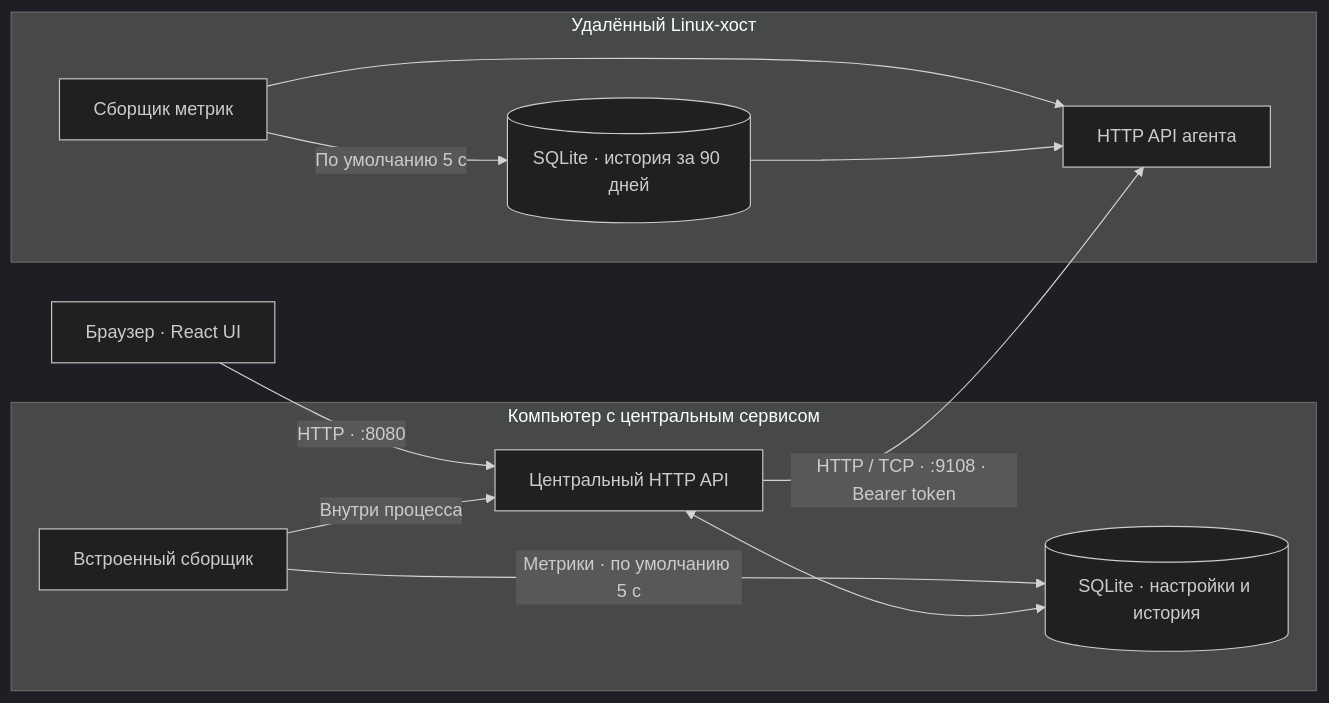
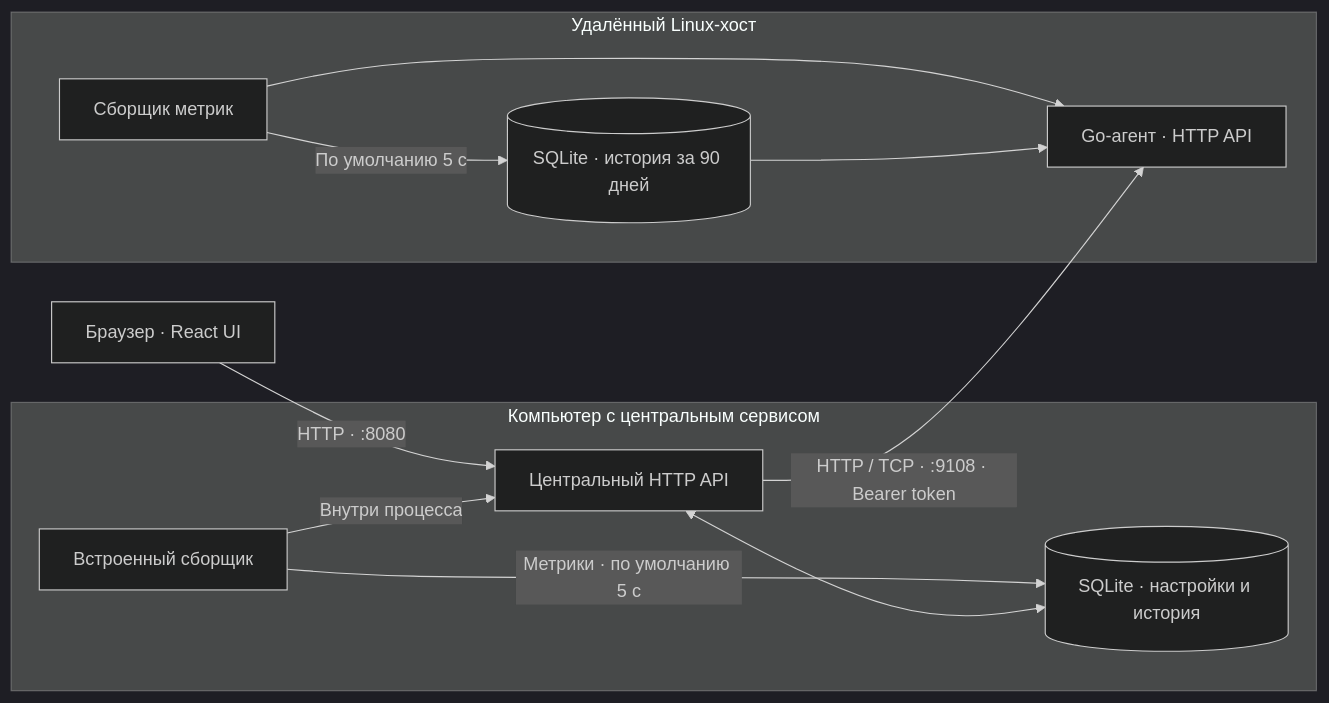
One commit to nikitakiselev/homelab-dashboard changed the first of 3 diagrams in docs/architecture.md. Above: the diagram before and after it, drawn with Mermaid (dark theme). The commit also changed other lines of this file and 46 other files, not shown here.

````diff
--- a/docs/architecture.md
+++ b/docs/architecture.md
@@ -3,21 +3,21 @@
 ```mermaid
 flowchart LR
     Browser["Браузер · React UI"] -->|"HTTP · :8080"| Server
     subgraph Central["Компьютер с центральным сервисом"]
         Server["Центральный HTTP API"]
         Builtin["Встроенный сборщик"]
         CentralDB[("SQLite · настройки и история")]
         Builtin -->|"Внутри процесса"| Server
         Builtin -->|"Метрики · по умолчанию 5 с"| CentralDB
         Server <--> CentralDB
     end
     Server -->|"HTTP / TCP · :9108 · Bearer token"| Agent
     subgraph Remote["Удалённый Linux-хост"]
-        Agent["HTTP API агента"]
+        Agent["Go-агент · HTTP API"]
         Collector["Сборщик метрик"]
         AgentDB[("SQLite · история за 90 дней")]
         Collector -->|"По умолчанию 5 с"| AgentDB
         Collector --> Agent
         AgentDB --> Agent
     end
 ```
````
